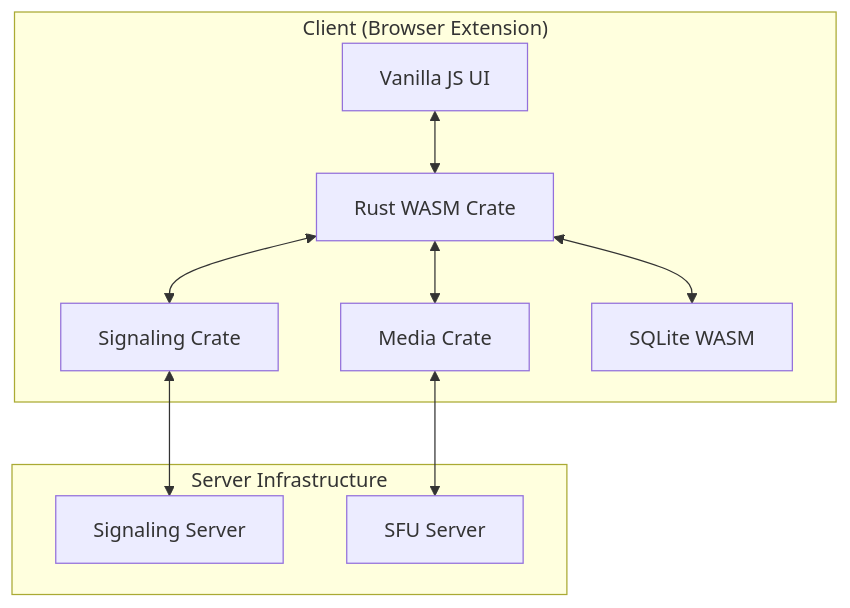
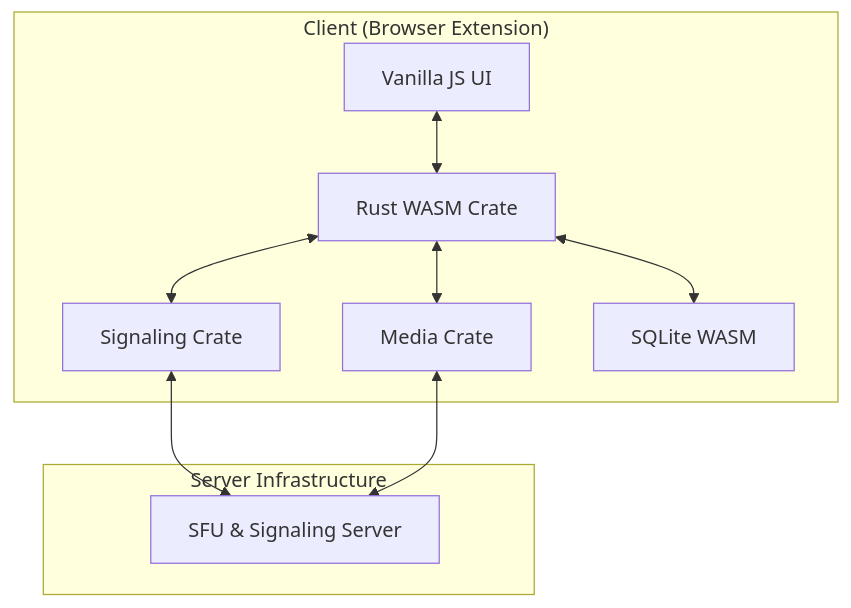
One commit to dejetem/video_chat_extension changed the diagram in docs/architecture.md. Above: the diagram before and after it, drawn with Mermaid. The commit also changed other lines of this file and 43 other files, not shown here.

````diff
--- a/docs/architecture.md
+++ b/docs/architecture.md
@@ -7,22 +7,21 @@
 ```mermaid
 graph TD
     subgraph "Client (Browser Extension)"
         UI[Vanilla JS UI]
         WASM[Rust WASM Crate]
         Media[Media Crate]
         SignalingClient[Signaling Crate]
         DB[SQLite WASM]
     end
 
     subgraph "Server Infrastructure"
-        SigServer[Signaling Server]
-        SFU[SFU Server]
+        SFU[SFU & Signaling Server]
     end
 
     UI <--> WASM
     WASM <--> Media
     WASM <--> SignalingClient
     WASM <--> DB
-    SignalingClient <--> SigServer
+    SignalingClient <--> SFU
     Media <--> SFU
 ```
````
